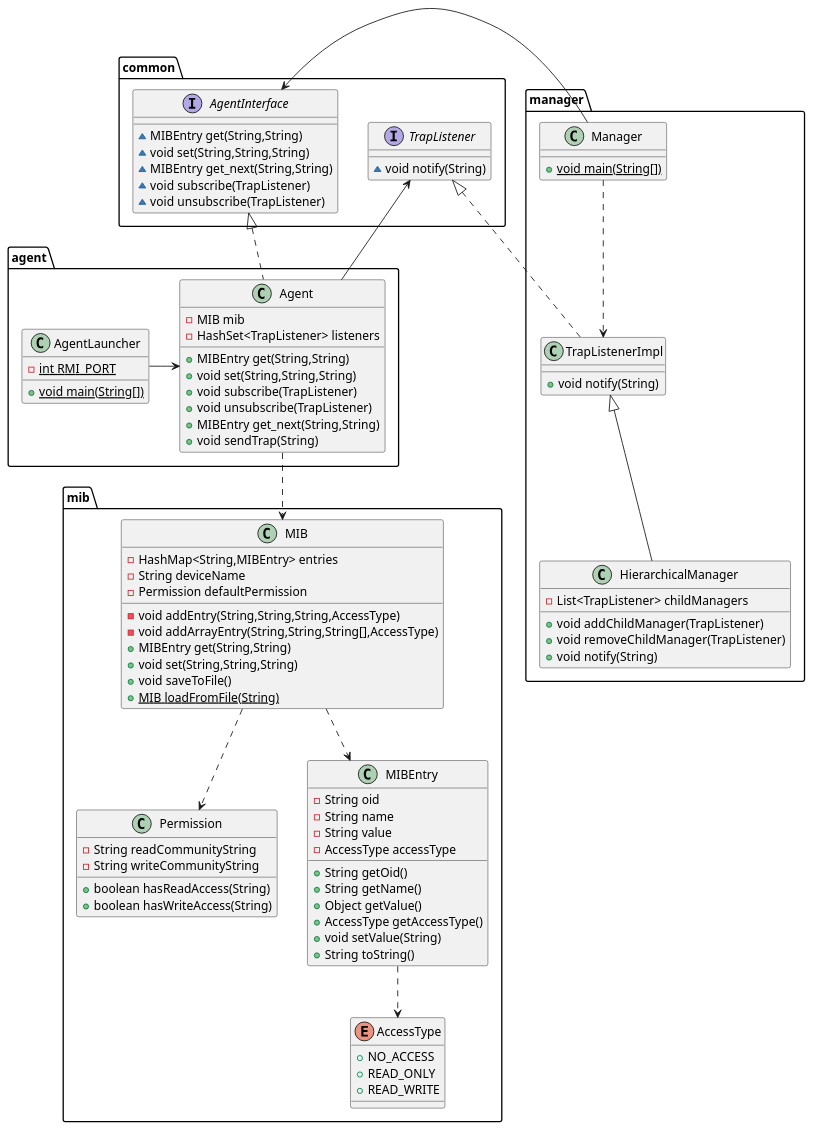
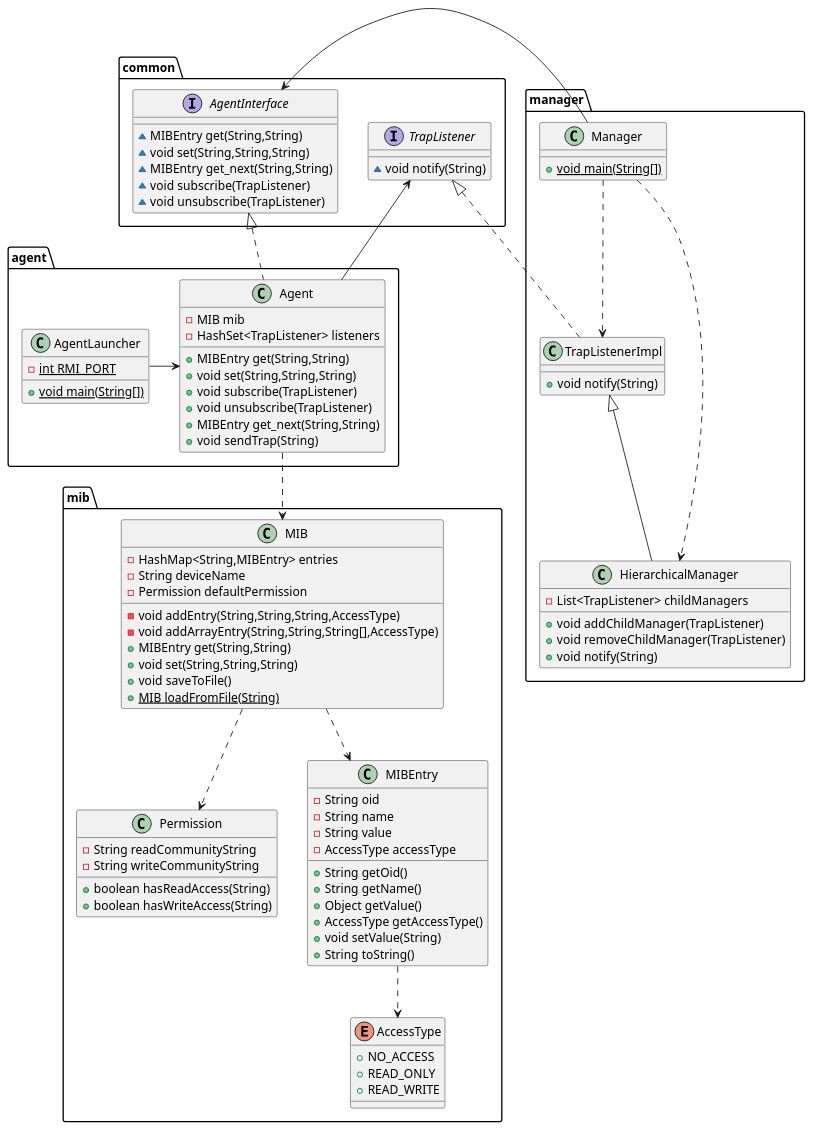
Before and after one commit to louga31/SNMP: the diagram in UML.puml, drawn with PlantUML. The commit also changed 1 other file, not shown here.

Commit message:
UML Final

```diff
--- a/UML.puml
+++ b/UML.puml
@@ -1,84 +1,85 @@
 @startuml
 class manager.Manager {
 + {static} void main(String[])
 }
 class mib.Permission {
 - String readCommunityString
 - String writeCommunityString
 + boolean hasReadAccess(String)
 + boolean hasWriteAccess(String)
 }
 enum mib.AccessType {
 +  NO_ACCESS
 +  READ_ONLY
 +  READ_WRITE
 }
 interface common.AgentInterface {
 ~ MIBEntry get(String,String)
 ~ void set(String,String,String)
 ~ MIBEntry get_next(String,String)
 ~ void subscribe(TrapListener)
 ~ void unsubscribe(TrapListener)
 }
 class mib.MIBEntry {
 - String oid
 - String name
 - String value
 - AccessType accessType
 + String getOid()
 + String getName()
 + Object getValue()
 + AccessType getAccessType()
 + void setValue(String)
 + String toString()
 }
 class agent.Agent {
 - MIB mib
 - HashSet<TrapListener> listeners
 + MIBEntry get(String,String)
 + void set(String,String,String)
 + void subscribe(TrapListener)
 + void unsubscribe(TrapListener)
 + MIBEntry get_next(String,String)
 + void sendTrap(String)
 }
 class mib.MIB {
 - HashMap<String,MIBEntry> entries
 - String deviceName
 - Permission defaultPermission
 - void addEntry(String,String,String,AccessType)
 - void addArrayEntry(String,String,String[],AccessType)
 + MIBEntry get(String,String)
 + void set(String,String,String)
 + void saveToFile()
 + {static} MIB loadFromFile(String)
 }
 interface common.TrapListener {
 ~ void notify(String)
 }
 class agent.AgentLauncher {
 - {static} int RMI_PORT
 + {static} void main(String[])
 }
 class manager.TrapListenerImpl {
 + void notify(String)
 }
 class manager.HierarchicalManager {
 - List<TrapListener> childManagers
 + void addChildManager(TrapListener)
 + void removeChildManager(TrapListener)
 + void notify(String)
 }
 
 agent.Agent -> common.TrapListener
 manager.Manager -> common.AgentInterface
 agent.AgentLauncher -> agent.Agent
 common.AgentInterface <|.. agent.Agent
 agent.Agent ..> mib.MIB
 mib.MIB ..> mib.MIBEntry
 mib.MIBEntry ..> mib.AccessType
 mib.MIB ..> mib.Permission
 common.TrapListener <|.. manager.TrapListenerImpl
 manager.Manager ..> manager.TrapListenerImpl
 manager.TrapListenerImpl <|-- manager.HierarchicalManager
+manager.Manager ..> manager.HierarchicalManager
 @enduml
```
